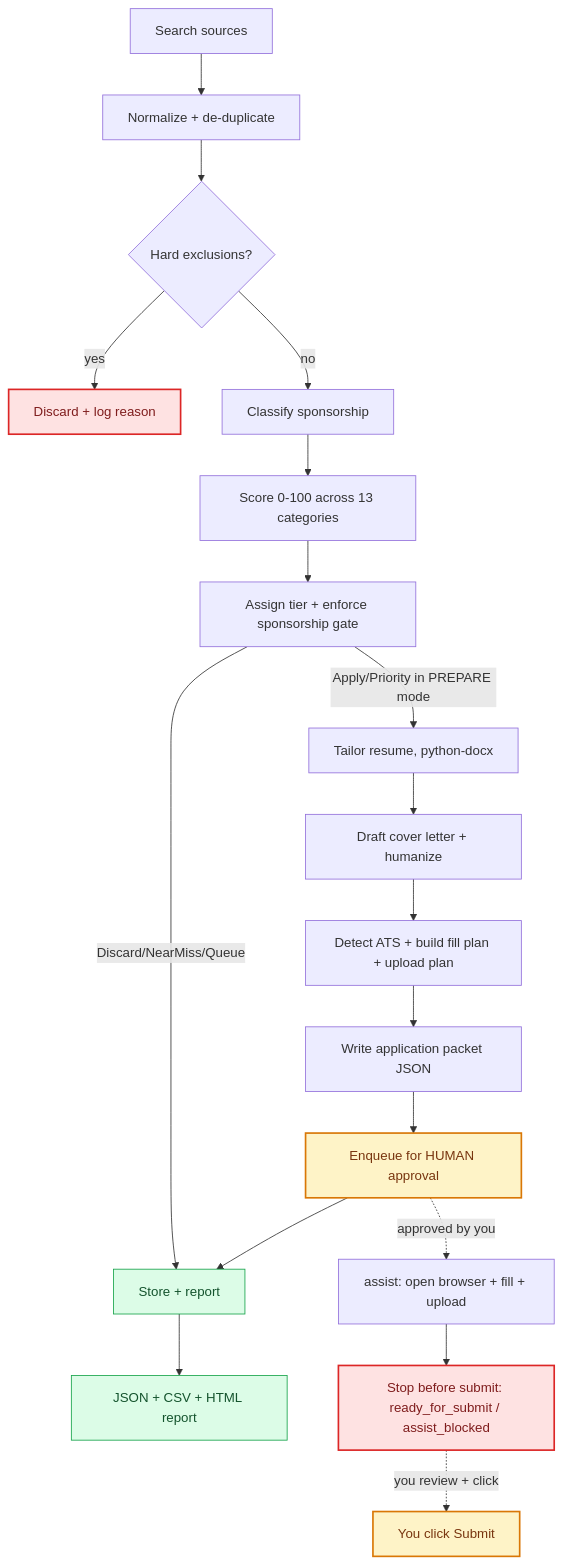
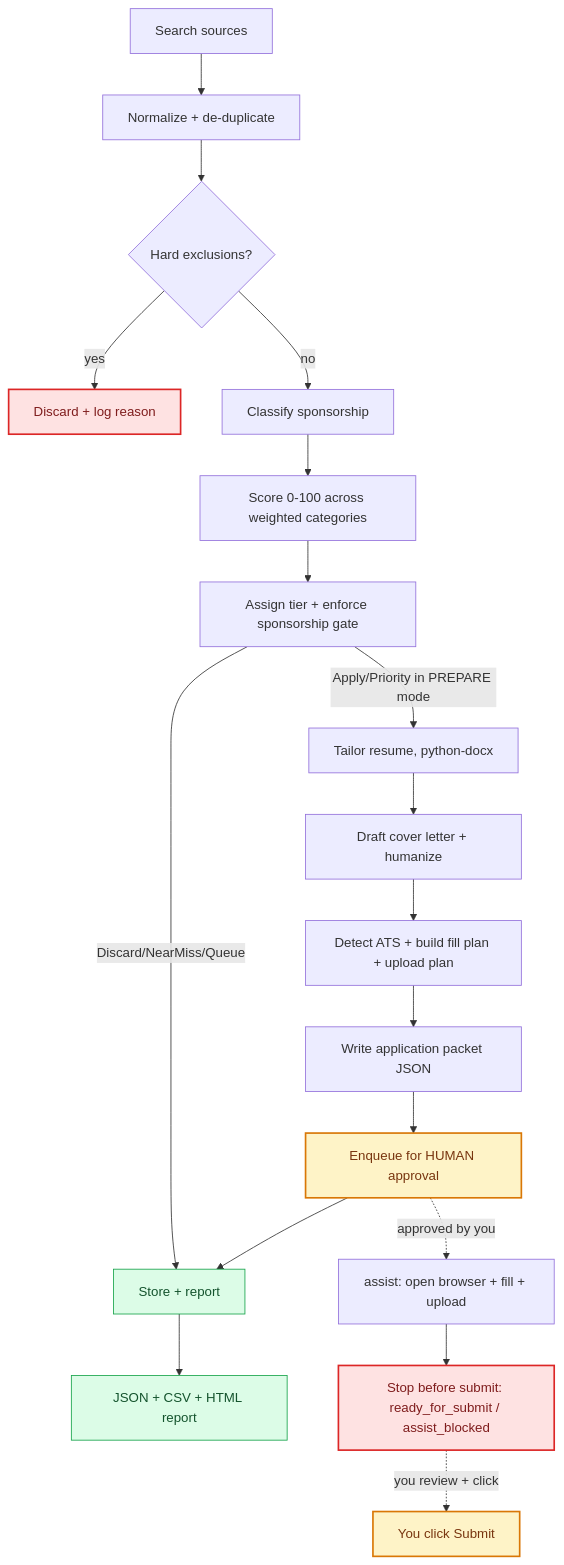
The diagram in docs/USER_GUIDE.md (AtreshSoma/JobAgent), drawn with Mermaid before and after one commit. The commit also changed other lines of this file and 4 other files, not shown here.

````diff
--- a/docs/USER_GUIDE.md
+++ b/docs/USER_GUIDE.md
@@ -294,27 +294,27 @@
 ```mermaid
 flowchart TD
     A[Search sources] --> B[Normalize + de-duplicate]
     B --> C{Hard exclusions?}
     C -- yes --> X[Discard + log reason]
     C -- no --> D[Classify sponsorship]
-    D --> E[Score 0-100 across 13 categories]
+    D --> E[Score 0-100 across weighted categories]
     E --> F[Assign tier + enforce sponsorship gate]
     F -- Discard/NearMiss/Queue --> R[Store + report]
     F -- Apply/Priority in PREPARE mode --> G[Tailor resume, python-docx]
     G --> H[Draft cover letter + humanize]
     H --> I[Detect ATS + build fill plan + upload plan]
     I --> J[Write application packet JSON]
     J --> K[Enqueue for HUMAN approval]
     K --> R
     R --> S[JSON + CSV + HTML report]
     K -.approved by you.-> T[assist: open browser + fill + upload]
     T --> V[Stop before submit: ready_for_submit / assist_blocked]
     V -.you review + click.-> W[You click Submit]
 
     classDef human fill:#fef3c7,stroke:#d97706,stroke-width:2px,color:#78350f
     classDef stop fill:#fee2e2,stroke:#dc2626,stroke-width:2px,color:#7f1d1d
     classDef out fill:#dcfce7,stroke:#16a34a,stroke-width:1px,color:#14532d
     class K,W human
     class V,X stop
     class R,S out
 ```
````
